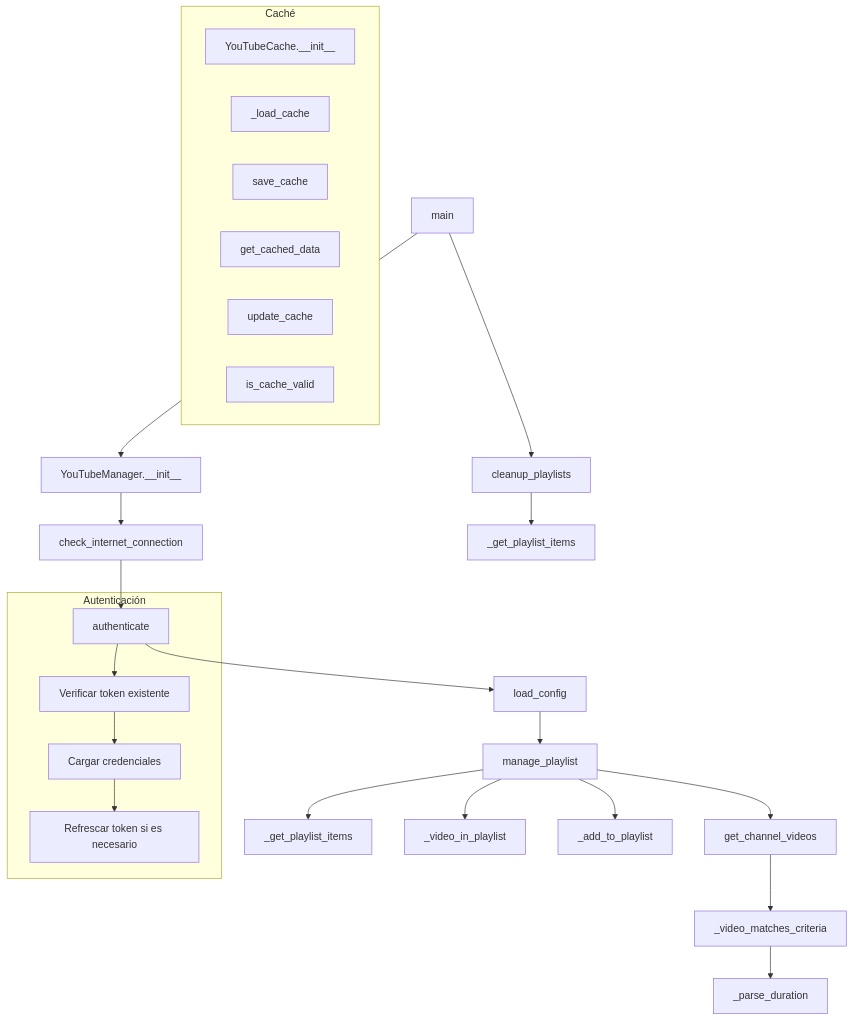
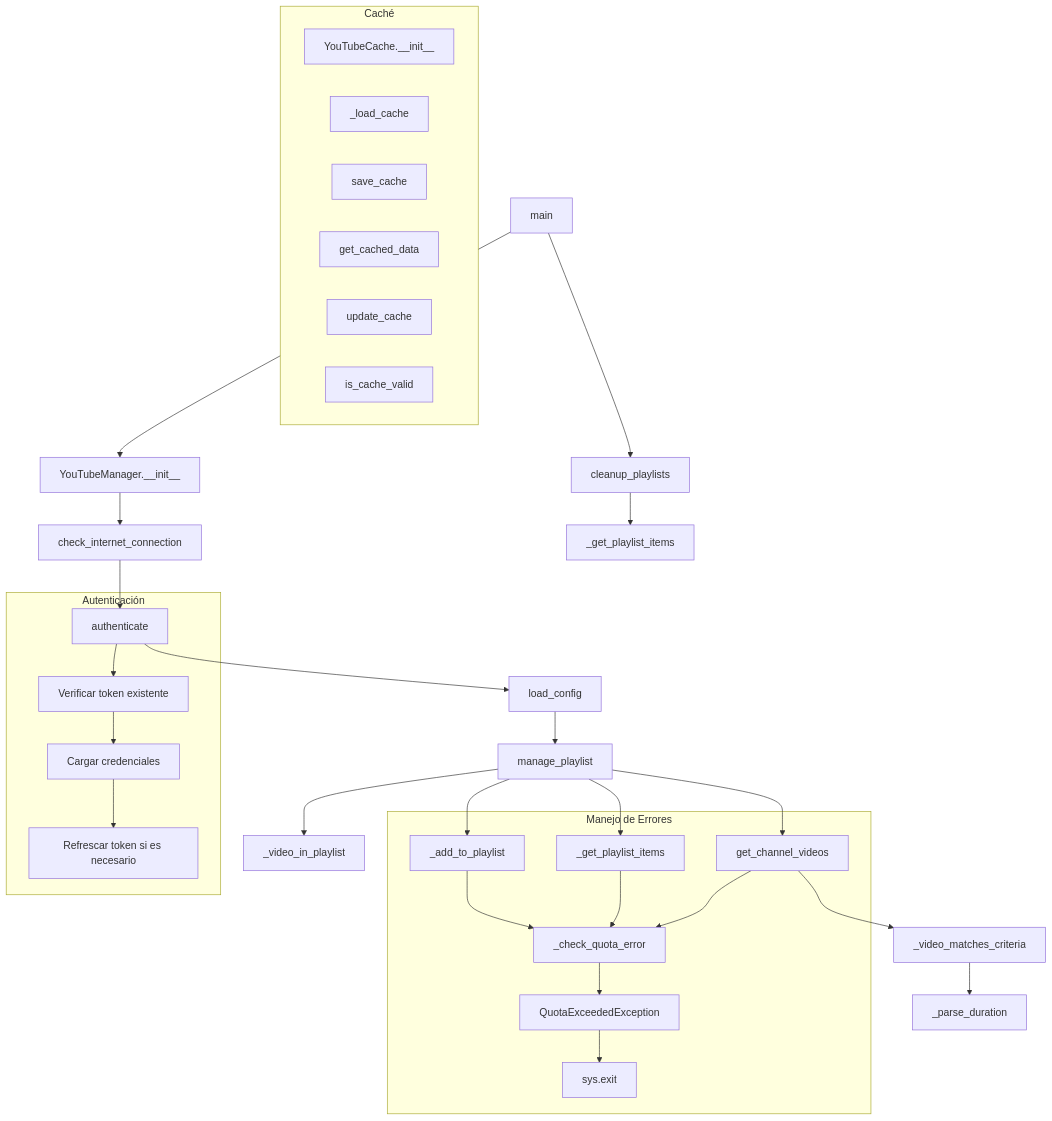
One commit to hfsotomayor/YouTubeAutoList changed the diagram in README.md. Above: the diagram before and after it, drawn with Mermaid. The commit also changed other lines of this file, not shown here.

Commit message:
se mejoro el manejo de errores

````diff
--- a/README.md
+++ b/README.md
@@ -61,31 +74,41 @@
 ```mermaid
 graph TD
     A[main] --> B[YouTubeManager.__init__]
     B --> C[check_internet_connection]
     C --> D[authenticate]
     D --> E[load_config]
     E --> F[manage_playlist]
     F --> G[get_channel_videos]
     G --> H[_video_matches_criteria]
     H --> I[_parse_duration]
     F --> J[_get_playlist_items]
     F --> K[_video_in_playlist]
     F --> L[_add_to_playlist]
     A --> M[cleanup_playlists]
     M --> N[_get_playlist_items]
     
+    %% Nuevo subgraph para manejo de errores
+    subgraph "Manejo de Errores"
+        QE[_check_quota_error]
+        G --> QE
+        J --> QE
+        L --> QE
+        QE --> X[QuotaExceededException]
+        X --> Y[sys.exit]
+    end
+    
     subgraph "Caché"
         O[YouTubeCache.__init__]
         P[_load_cache]
         Q[save_cache]
         R[get_cached_data]
         S[update_cache]
         T[is_cache_valid]
     end
 
     subgraph "Autenticación"
         D --> U[Verificar token existente]
         U --> V[Cargar credenciales]
         V --> W[Refrescar token si es necesario]
     end
 ```
````
